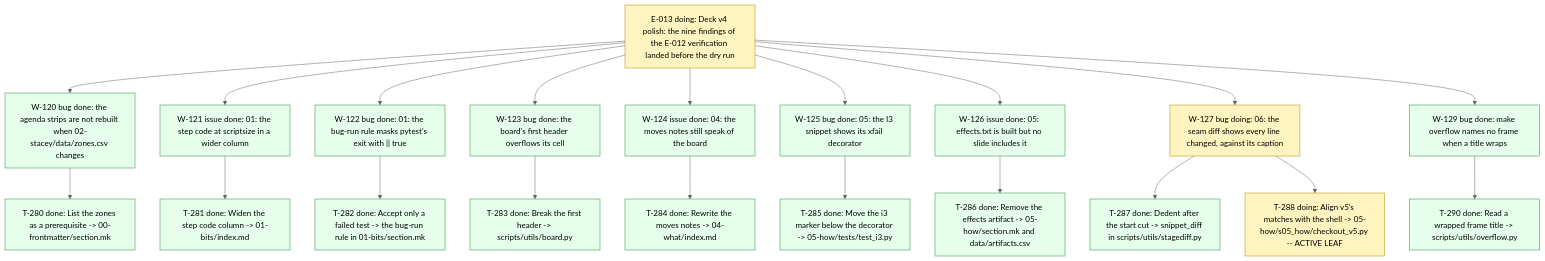
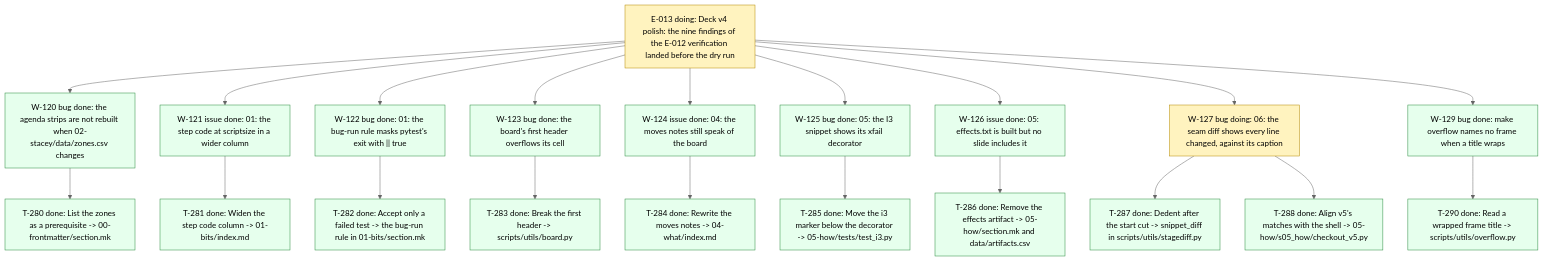
Before and after one commit to dpopchev/chaos-to-simple: the diagram in .board/BOARD.md, drawn with Mermaid (neutral theme). The commit also changed other lines of this file and 1 other file, not shown here.

Commit message:
chore(board): close T-288 -- W-127 ready to land
Refs: W-127 T-288

````diff
--- a/.board/BOARD.md
+++ b/.board/BOARD.md
@@ -729,30 +729,30 @@
 ```mermaid
 flowchart TD
   E013["E-013 doing: Deck v4 polish: the nine findings of the E-012 verification landed before the dry run"]
   E013 --> W120["W-120 bug done: the agenda strips are not rebuilt when 02-stacey/data/zones.csv changes"]
   W120 --> T280["T-280 done: List the zones as a prerequisite -> 00-frontmatter/section.mk"]
   E013 --> W121["W-121 issue done: 01: the step code at scriptsize in a wider column"]
   W121 --> T281["T-281 done: Widen the step code column -> 01-bits/index.md"]
   E013 --> W122["W-122 bug done: 01: the bug-run rule masks pytest's exit with || true"]
   W122 --> T282["T-282 done: Accept only a failed test -> the bug-run rule in 01-bits/section.mk"]
   E013 --> W123["W-123 bug done: the board's first header overflows its cell"]
   W123 --> T283["T-283 done: Break the first header -> scripts/utils/board.py"]
   E013 --> W124["W-124 issue done: 04: the moves notes still speak of the board"]
   W124 --> T284["T-284 done: Rewrite the moves notes -> 04-what/index.md"]
   E013 --> W125["W-125 bug done: 05: the I3 snippet shows its xfail decorator"]
   W125 --> T285["T-285 done: Move the i3 marker below the decorator -> 05-how/tests/test_i3.py"]
   E013 --> W126["W-126 issue done: 05: effects.txt is built but no slide includes it"]
   W126 --> T286["T-286 done: Remove the effects artifact -> 05-how/section.mk and data/artifacts.csv"]
   E013 --> W127["W-127 bug doing: 06: the seam diff shows every line changed, against its caption"]
   W127 --> T287["T-287 done: Dedent after the start cut -> snippet_diff in scripts/utils/stagediff.py"]
-  W127 --> T288["T-288 doing: Align v5's matches with the shell -> 05-how/s05_how/checkout_v5.py -- ACTIVE LEAF"]
+  W127 --> T288["T-288 done: Align v5's matches with the shell -> 05-how/s05_how/checkout_v5.py"]
   E013 --> W129["W-129 bug done: make overflow names no frame when a title wraps"]
   W129 --> T290["T-290 done: Read a wrapped frame title -> scripts/utils/overflow.py"]
   classDef doing fill:#fff3bf,stroke:#b58900,color:#000;
   classDef blocked fill:#ffe3e3,stroke:#c92a2a,color:#000;
   classDef done fill:#e6ffed,stroke:#2b8a3e,color:#000;
   classDef todo fill:#f8f9fa,stroke:#868e96,color:#000;
   classDef pruned fill:#f1f3f5,stroke:#adb5bd,color:#000;
-  class E013,W127,T288 doing
-  class W120,T280,W121,T281,W122,T282,W123,T283,W124,T284,W125,T285,W126,T286,T287,W129,T290 done
+  class E013,W127 doing
+  class W120,T280,W121,T281,W122,T282,W123,T283,W124,T284,W125,T285,W126,T286,T287,T288,W129,T290 done
 ```
````
